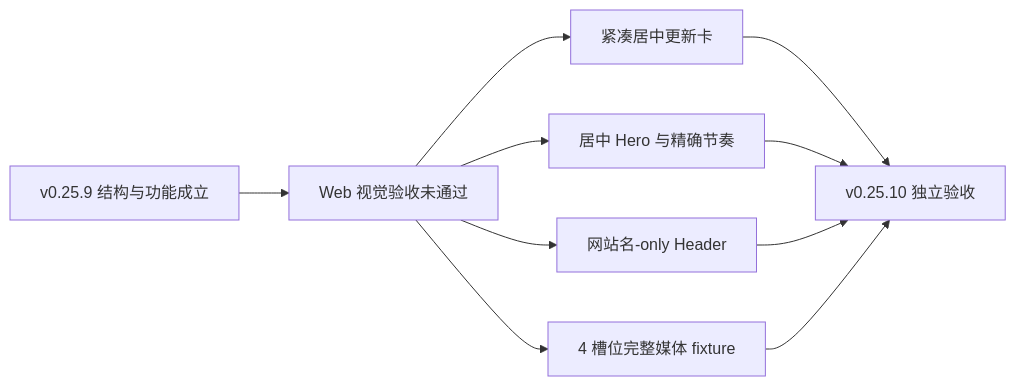
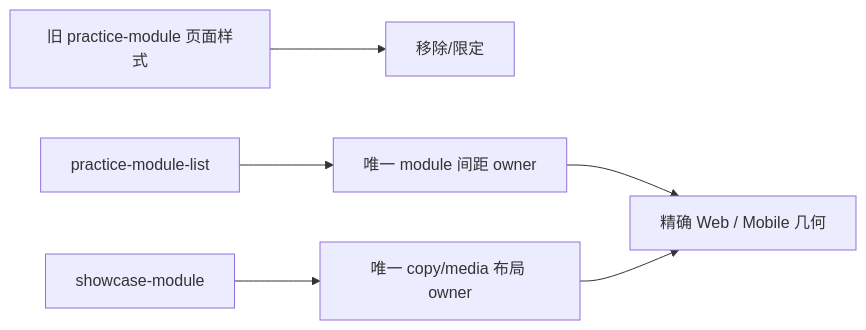
The diagram in docs/iterations/current.md (Chizheng4/xingbuild), drawn with Mermaid before and after one commit. The commit also changed other lines of this file and 11 other files, not shown here.

Commit message:
fix: enforce single Showcase spacing owner

````diff
--- a/docs/iterations/current.md
+++ b/docs/iterations/current.md
@@ -17,12 +17,8 @@
 ```mermaid
 flowchart LR
-    A["v0.25.9 结构与功能成立"] --> B["Web 视觉验收未通过"]
-    B --> C["紧凑居中更新卡"]
-    B --> D["居中 Hero 与精确节奏"]
-    B --> E["网站名-only Header"]
-    B --> F["4 槽位完整媒体 fixture"]
-    C --> G["v0.25.10 独立验收"]
-    D --> G
-    E --> G
-    F --> G
+    A["旧 practice-module 页面样式"] --> X["移除/限定"]
+    B["practice-module-list"] --> C["唯一 module 间距 owner"]
+    D["showcase-module"] --> E["唯一 copy/media 布局 owner"]
+    C --> F["精确 Web / Mobile 几何"]
+    E --> F
 ```
````
